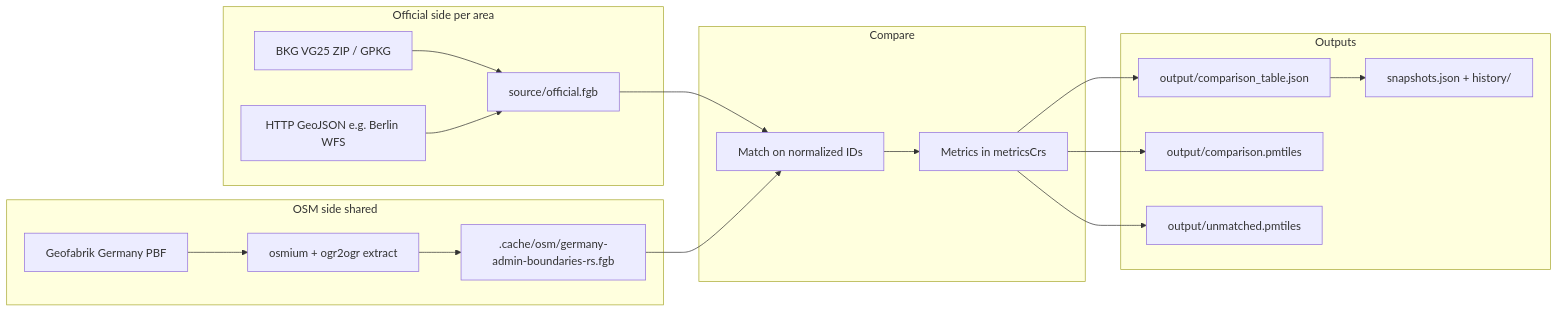
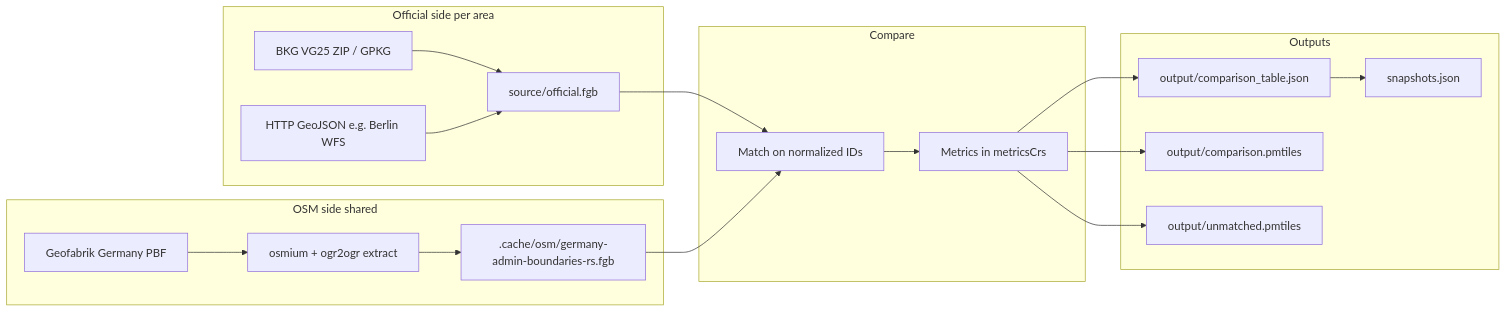
One commit to osmberlin/osm-boundary-checker-germany changed the diagram in docs/processing-and-analysis.md. Above: the diagram before and after it, drawn with Mermaid. The commit also changed other lines of this file and 43 other files, not shown here.

````diff
--- a/docs/processing-and-analysis.md
+++ b/docs/processing-and-analysis.md
@@ -9,38 +9,38 @@
 ```mermaid
 flowchart LR
   subgraph official [Official side per area]
     BKG[BKG VG25 ZIP / GPKG]
     HTTP[HTTP GeoJSON e.g. Berlin WFS]
     FGB_O[source/official.fgb]
     BKG --> FGB_O
     HTTP --> FGB_O
   end
 
   subgraph osm [OSM side shared]
     PBF[Geofabrik Germany PBF]
     EX[osmium + ogr2ogr extract]
     FGB_S[.cache/osm/germany-admin-boundaries-rs.fgb]
     PBF --> EX --> FGB_S
   end
 
   subgraph compare [Compare]
     JOIN[Match on normalized IDs]
     MET[Metrics in metricsCrs]
     JOIN --> MET
   end
 
   FGB_O --> JOIN
   FGB_S --> JOIN
 
   subgraph out [Outputs]
     JSON[output/comparison_table.json]
     PM[output/comparison.pmtiles]
     UM[output/unmatched.pmtiles]
-    SNAP[snapshots.json + history/]
+    SNAP[snapshots.json]
   end
 
   MET --> JSON
   MET --> PM
   MET --> UM
   JSON --> SNAP
 ```
````
